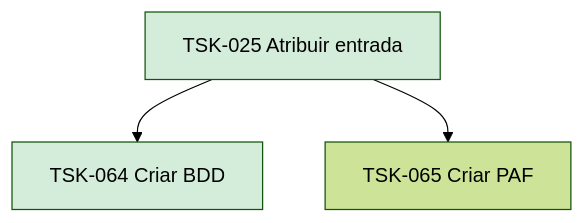
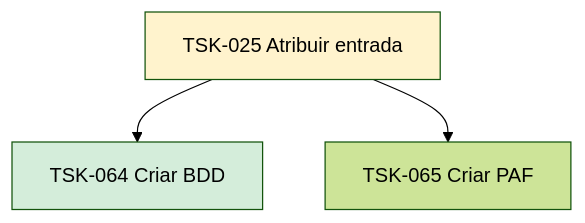
One commit to laerciogermano/workstation changed the diagram in flow/tasks/TSK-001-criar-epico/TSK-002-criar-as-historias/TSK-005-gantt/TSK-025-atribuir-entrada/README.md. Above: the diagram before and after it, drawn with Mermaid (forest theme). The commit also changed other lines of this file and 53 other files, not shown here.

````diff
--- a/flow/tasks/TSK-001-criar-epico/TSK-002-criar-as-historias/TSK-005-gantt/TSK-025-atribuir-entrada/README.md
+++ b/flow/tasks/TSK-001-criar-epico/TSK-002-criar-as-historias/TSK-005-gantt/TSK-025-atribuir-entrada/README.md
@@ -12,10 +12,10 @@
 ```mermaid
 flowchart TD
   T025[TSK-025 Atribuir entrada]
   T064[TSK-064 Criar BDD]
   T065[TSK-065 Criar PAF]
   T025 --> T064
   T025 --> T065
-  style T025 fill:#d4edda
+  style T025 fill:#fff3cd
   style T064 fill:#d4edda
 ```
````
